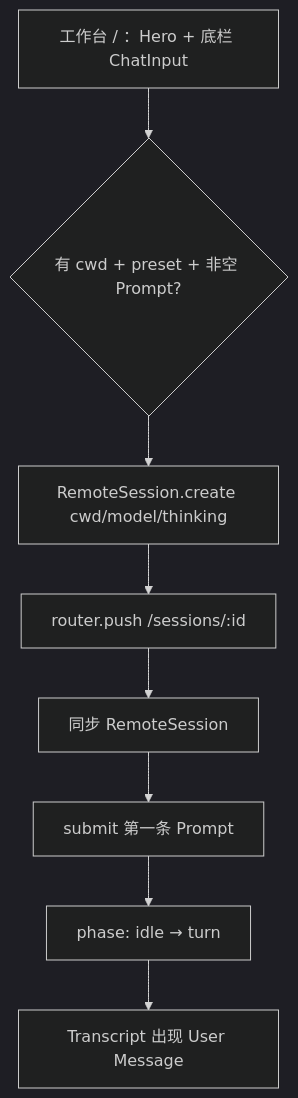
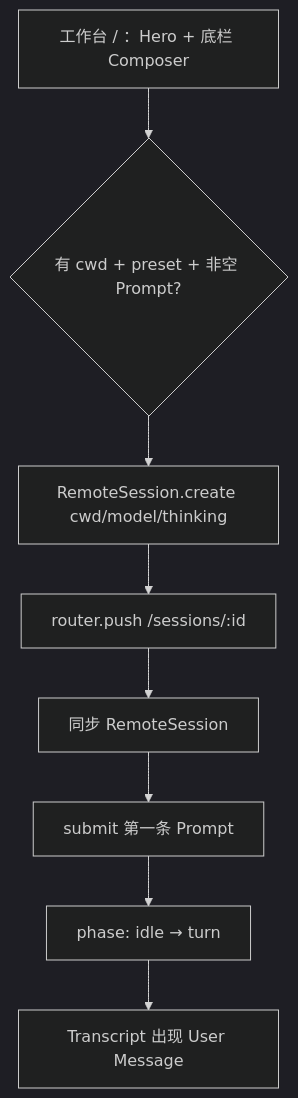
One commit to minuque/pig changed the fourth of 8 diagrams in JOURNEYS.md. Above: the diagram before and after it, drawn with Mermaid (dark theme). The commit also changed other lines of this file and 28 other files, not shown here.

Commit message:
refactor(web): chat-input 全面更名为 composer

````diff
--- a/JOURNEYS.md
+++ b/JOURNEYS.md
@@ -64,10 +64,10 @@
 ```mermaid
 flowchart TB
-  Idle["工作台 / ：Hero + 底栏 ChatInput"] --> Guard{"有 cwd + preset + 非空 Prompt?"}
+  Idle["工作台 / ：Hero + 底栏 Composer"] --> Guard{"有 cwd + preset + 非空 Prompt?"}
   Guard --> Create["RemoteSession.create cwd/model/thinking"]
   Create --> Route["router.push /sessions/:id"]
   Route --> Open["同步 RemoteSession"]
   Open --> Prompt["submit 第一条 Prompt"]
   Prompt --> Turn["phase: idle → turn"]
   Turn --> TL["Transcript 出现 User Message"]
 ```
````
